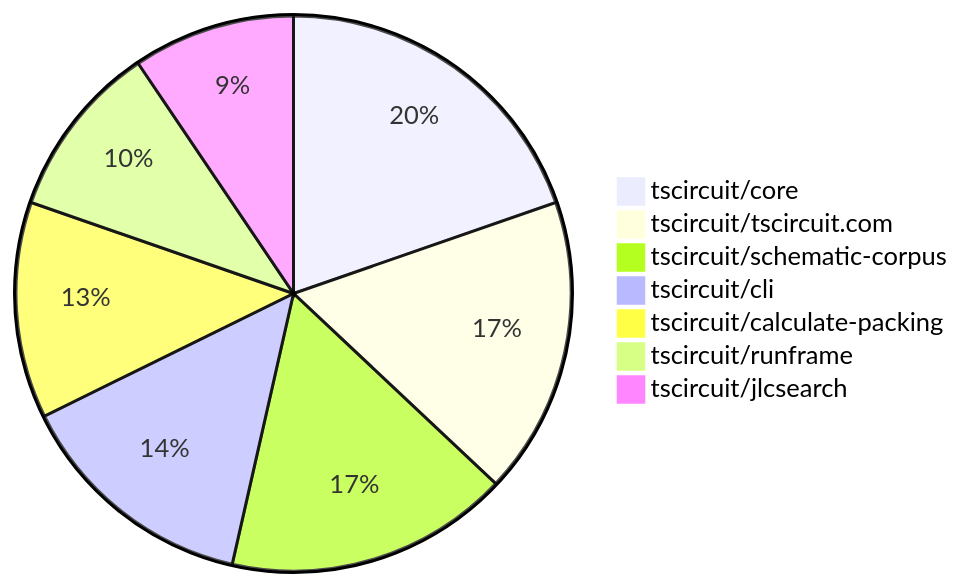
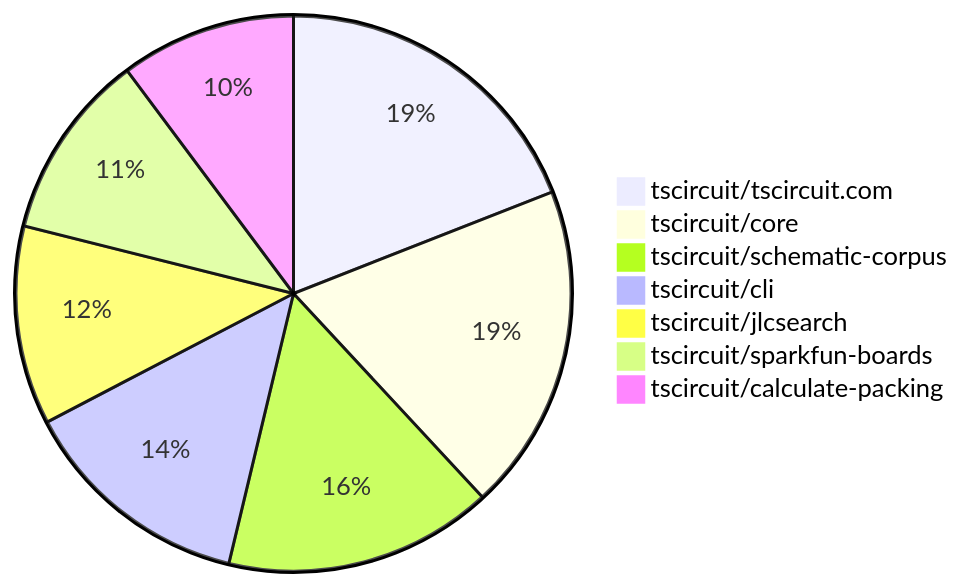
Before and after one commit to tscircuit/contribution-tracker: the second of 2 diagrams in README.md, drawn with Mermaid. The commit also changed other lines of this file and 3 other files, not shown here.

````diff
--- a/README.md
+++ b/README.md
@@ -110,10 +112,10 @@
 ```mermaid
 pie
-    "tscircuit/core" : 25
-    "tscircuit/tscircuit.com" : 22
-    "tscircuit/schematic-corpus" : 21
-    "tscircuit/cli" : 18
-    "tscircuit/calculate-packing" : 16
-    "tscircuit/runframe" : 13
-    "tscircuit/jlcsearch" : 12
+    "tscircuit/tscircuit.com" : 28
+    "tscircuit/core" : 28
+    "tscircuit/schematic-corpus" : 23
+    "tscircuit/cli" : 20
+    "tscircuit/jlcsearch" : 17
+    "tscircuit/sparkfun-boards" : 16
+    "tscircuit/calculate-packing" : 15
 ```
````
